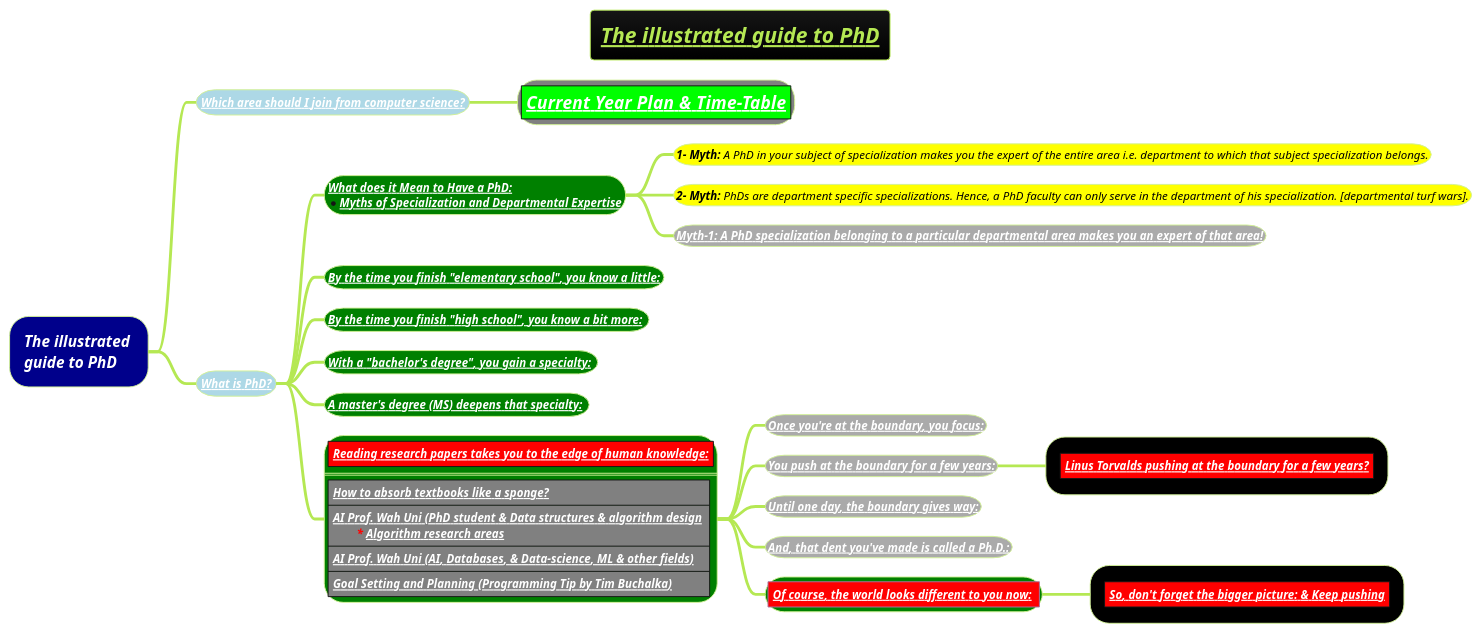
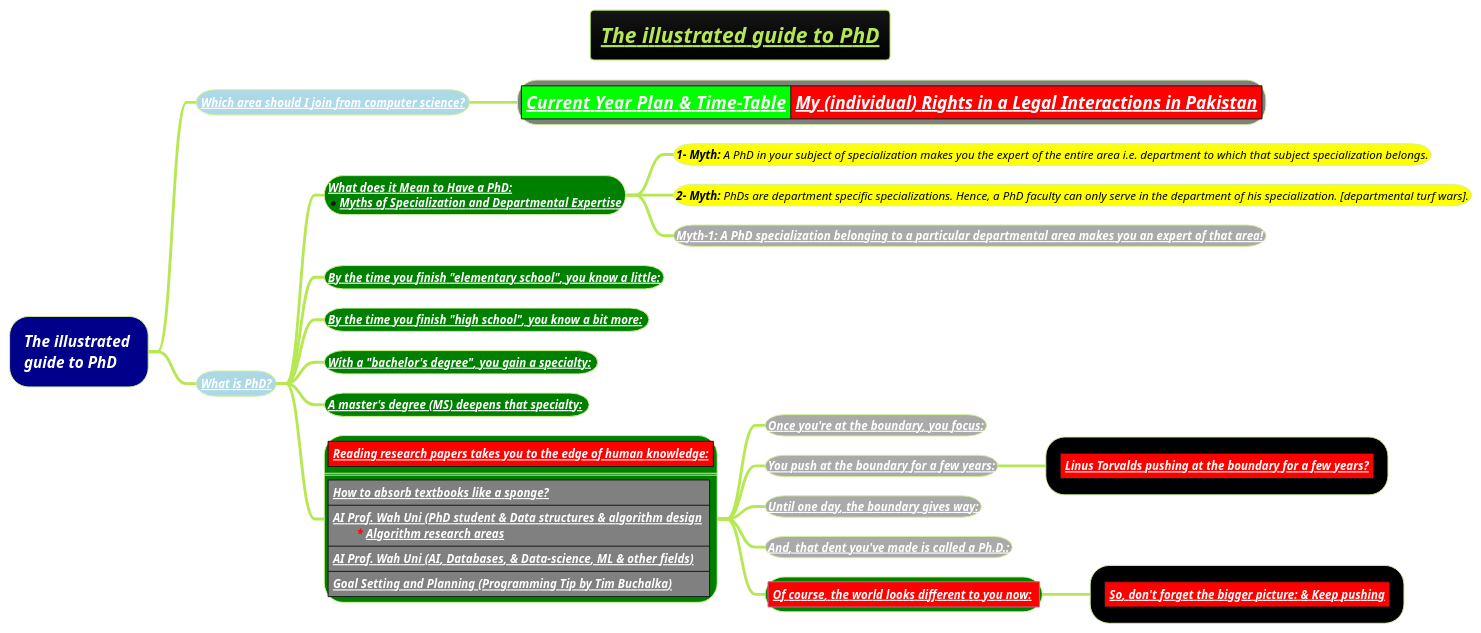
One commit to MehmoodHashmi/Documentation-as-Code-DaC changed the diagram in docs/3-programming-languages/Venkat-Subramaniam/the-illustrated-guide-to-PhD.puml. Above: the diagram before and after it, drawn with PlantUML. The commit also changed 8 other files, not shown here.

```diff
--- a/docs/3-programming-languages/Venkat-Subramaniam/the-illustrated-guide-to-PhD.puml
+++ b/docs/3-programming-languages/Venkat-Subramaniam/the-illustrated-guide-to-PhD.puml
@@ -1,34 +1,35 @@
 @startmindmap
 title =<i><b><u><size:18>The illustrated guide to PhD
 !theme hacker
 
 *[#darkblue] <i><color #white>The illustrated \n<i><color #white>guide to PhD
 **[#lightblue] <i><color #black><size:12>[[docs/3-programming-languages/Venkat-Subramaniam/images/img_767.png Which area should I join from computer science?]]
-***[#grey] |<#lime><i><color #black><size:18><b>[[docs/3-programming-languages/Venkat-Subramaniam/current-year-plan.puml Current Year Plan &  Time-Table]]|
+***[#grey] |<#lime><i><color #black><size:18><b>[[docs/3-programming-languages/Venkat-Subramaniam/current-year-plan.puml Current Year Plan &  Time-Table]]|<#red><color:white><i><size:18><b>[[docs/3-programming-languages/Venkat-Subramaniam/My-Rights-in-Legal-Interactions-in-Pakistan.puml My (individual) Rights in a Legal Interactions in Pakistan]]|
+
 **[#lightblue] <i><color #black><size:12>[[docs/3-programming-languages/Venkat-Subramaniam/images/img_65.png What is PhD?]]
 ***[#green]:<b><i><color #white><size:12>[[docs/3-programming-languages/Venkat-Subramaniam/images/img_65.png What does it Mean to Have a PhD:]]
 *<b><i><color #white><size:12>[[docs/3-programming-languages/Venkat-Subramaniam/images/img_65.png Myths of Specialization and Departmental Expertise]];
 ****[#yellow] <i><color #black><size:12>**1- Myth:** A PhD in your subject of specialization makes you the expert of the entire area i.e. department to which that subject specialization belongs.
 ****[#yellow] <i><color #black><size:12>**2- Myth:** PhDs are department specific specializations. Hence, a PhD faculty can only serve in the department of his specialization. [departmental turf wars].
 ****[#a] <i><color #black><size:12><b>[[docs/3-programming-languages/Venkat-Subramaniam/images/img_65.png Myth-1: A PhD specialization belonging to a particular departmental area makes you an expert of that area!]]
 ***[#green] <b><i><color #black><size:12>[[docs/3-programming-languages/Venkat-Subramaniam/images/img_65.png By the time you finish "elementary school", you know a little:]]
 
 ***[#green] <b><i><color #black><size:12>[[docs/3-programming-languages/Venkat-Subramaniam/images/img_66.png By the time you finish "high school", you know a bit more: ]]
 ***[#green] <b><i><color #black><size:12>[[docs/3-programming-languages/Venkat-Subramaniam/images/img_67.png With a "bachelor's degree", you gain a specialty: ]]
 ***[#green] <b><i><color #black><size:12>[[docs/3-programming-languages/Venkat-Subramaniam/images/img_781.png A master's degree (MS) deepens that specialty: ]]
 ***[#green]:|<#red><b><i><color #black><size:12>[[docs/3-programming-languages/Venkat-Subramaniam/images/img_782.png Reading research papers takes you to the edge of human knowledge:]]|
 ====
 |<#grey><b><i><color #black><size:12>[[docs/3-programming-languages/Venkat-Subramaniam/images/img_809.png How to absorb textbooks like a sponge?]]|
 |<#grey><b><i><color #black><size:12>[[docs/3-programming-languages/Venkat-Subramaniam/images/img_810.png AI Prof. Wah Uni (PhD student & Data structures & algorithm design]] \n\t<b><i><color #red>* <size:12>[[docs/3-programming-languages/Venkat-Subramaniam/images/img_812.png Algorithm research areas]]|
 |<#grey><b><i><color #black><size:12>[[docs/3-programming-languages/Venkat-Subramaniam/images/img_810.png AI Prof. Wah Uni (AI, Databases, & Data-science, ML & other fields)]]|
 |<#grey><b><i><color #black><size:12>[[docs/3-programming-languages/Venkat-Subramaniam/images/img_811.png Goal Setting and Planning (Programming Tip by Tim Buchalka)]]|;
 ****[#a] <b><i><color #black><size:12>[[docs/3-programming-languages/Venkat-Subramaniam/images/img_782.png Once you're at the boundary, you focus:]]
 ****[#a] <b><i><color #black><size:12>[[docs/3-programming-languages/Venkat-Subramaniam/images/img_783.png You push at the boundary for a few years:]]
 *****[#black] |<#red><b><i><color #black><size:12>[[docs/3-programming-languages/Venkat-Subramaniam/images/img_785.png Linus Torvalds pushing at the boundary for a few years?]]|
 ****[#a] <b><i><color #black><size:12>[[docs/3-programming-languages/Venkat-Subramaniam/images/img_783.png Until one day, the boundary gives way:]]
 ****[#a] <b><i><color #black><size:12>[[docs/3-programming-languages/Venkat-Subramaniam/images/img_783.png And, that dent you've made is called a Ph.D.:]]
 ****[#green] |<#red><b><i><color #white><size:12>[[docs/3-programming-languages/Venkat-Subramaniam/images/img_784.png Of course, the world looks different to you now:]] |
 *****[#black] |<#red><b><i><color #white><size:12>[[docs/3-programming-languages/Venkat-Subramaniam/images/img_785.png So, don't forget the bigger picture: & Keep pushing]]|
 
 
 @endmindmap
```
